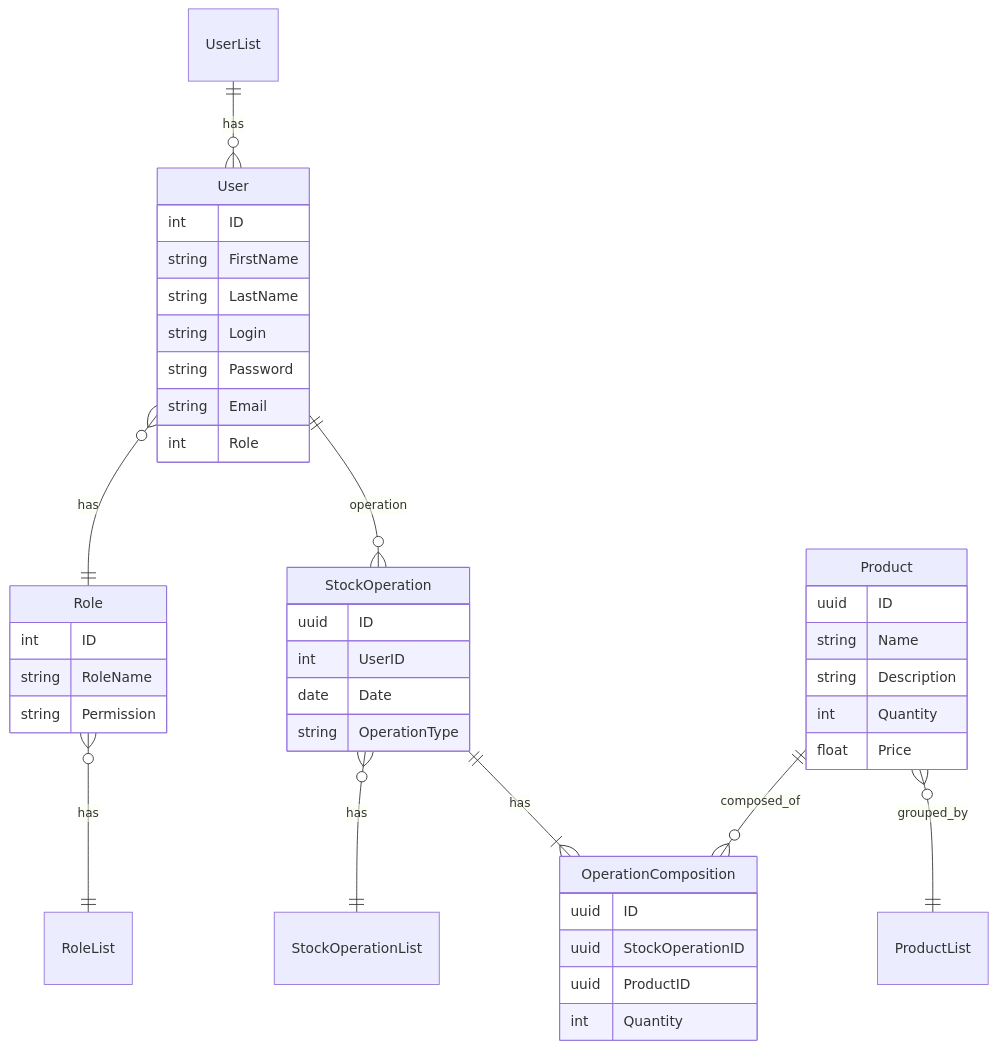
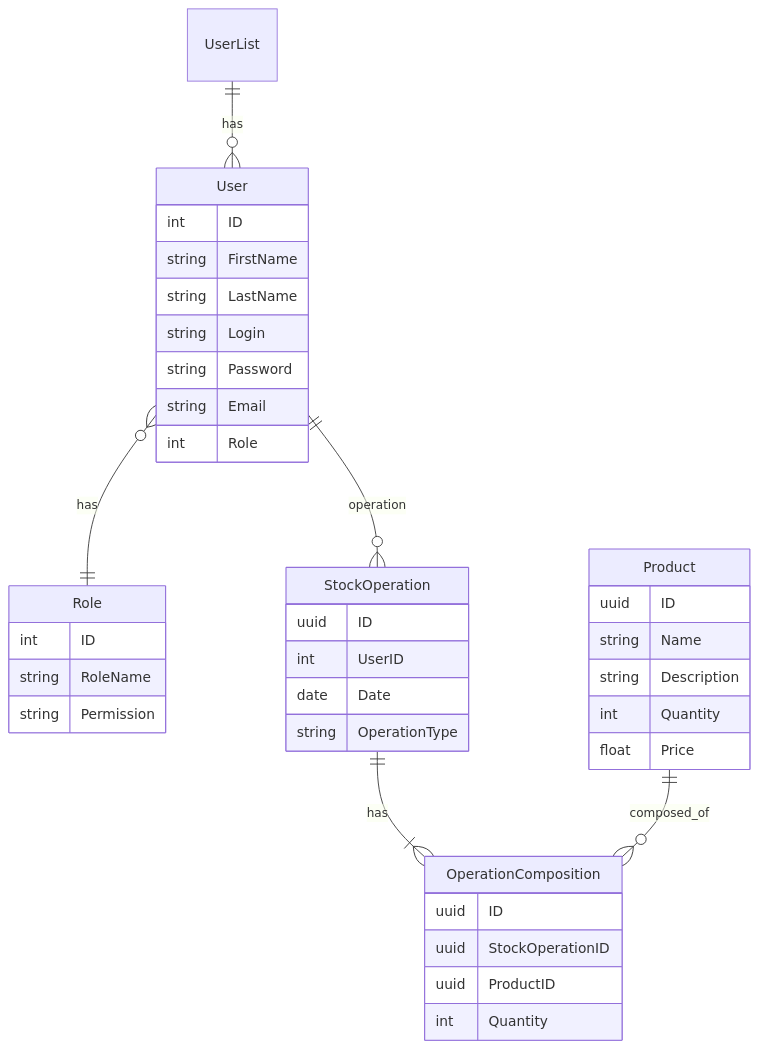
The diagram in api-warehouse/DraftReadme.md (PortnovAlex80/node_js_pro), drawn with Mermaid before and after one commit.

````diff
--- a/api-warehouse/DraftReadme.md
+++ b/api-warehouse/DraftReadme.md
@@ -3,53 +3,48 @@
 ```mermaid
 erDiagram
     UserList ||--o{ User : has
     User }o--|| Role : has
-    
-    Role }o--|| RoleList : has
-    
+        
     User {
         int ID
         string FirstName
         string LastName
         string Login
         string Password
         string Email
         int Role
     }
     
     Role {
         int ID
         string RoleName
         string Permission
     }
     
-    User ||--o{ StockOperation : operation
+    User ||--o{ StockOperation : operation	  
+    StockOperation ||--|{ OperationComposition : has
     Product ||--o{ OperationComposition : composed_of
     
     StockOperation {
         uuid ID
         int UserID
         date Date
         string OperationType
     }
     
     Product {
         uuid ID
         string Name
         string Description
         int Quantity
         float Price
     }
     
     OperationComposition {
         uuid ID
         uuid StockOperationID
         uuid ProductID
         int Quantity
     }
-	  
-	Product }o--|| ProductList: grouped_by
 
-    StockOperation }o--|| StockOperationList : has
-    StockOperation ||--|{ OperationComposition : has
 ```
````
